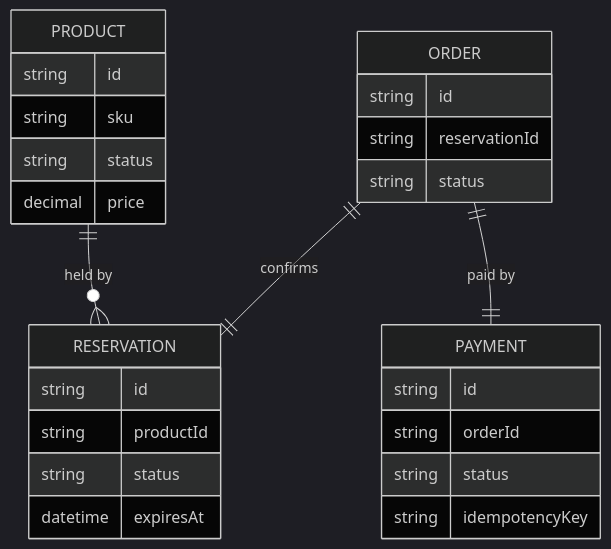
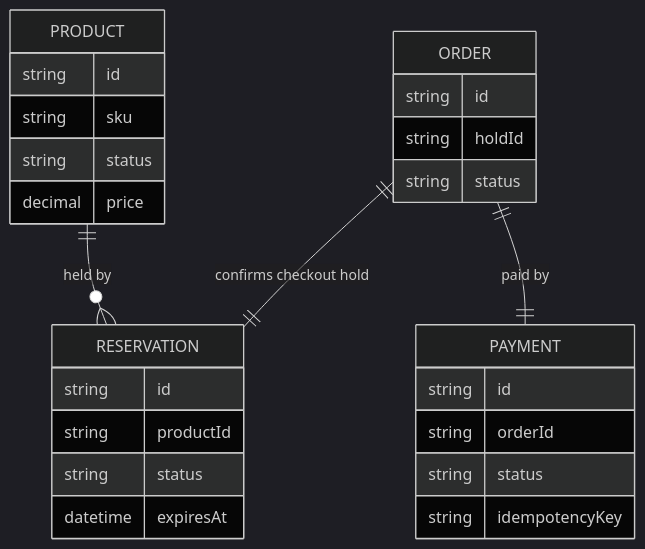
One commit to kieranpotts/design changed the diagram in design/concepts/README.md. Above: the diagram before and after it, drawn with Mermaid (dark theme). The commit also changed other lines of this file and 4 other files, not shown here.

````diff
--- a/design/concepts/README.md
+++ b/design/concepts/README.md
@@ -60,29 +60,29 @@
 ```mermaid
 erDiagram
     PRODUCT ||--o{ RESERVATION : "held by"
     PRODUCT {
         string id
         string sku
         string status
         decimal price
     }
     RESERVATION {
         string id
         string productId
         string status
         datetime expiresAt
     }
-    ORDER ||--|| RESERVATION : confirms
+    ORDER ||--|| RESERVATION : "confirms checkout hold"
     ORDER ||--|| PAYMENT : "paid by"
     ORDER {
         string id
-        string reservationId
+        string holdId
         string status
     }
     PAYMENT {
         string id
         string orderId
         string status
         string idempotencyKey
     }
 ```
````
